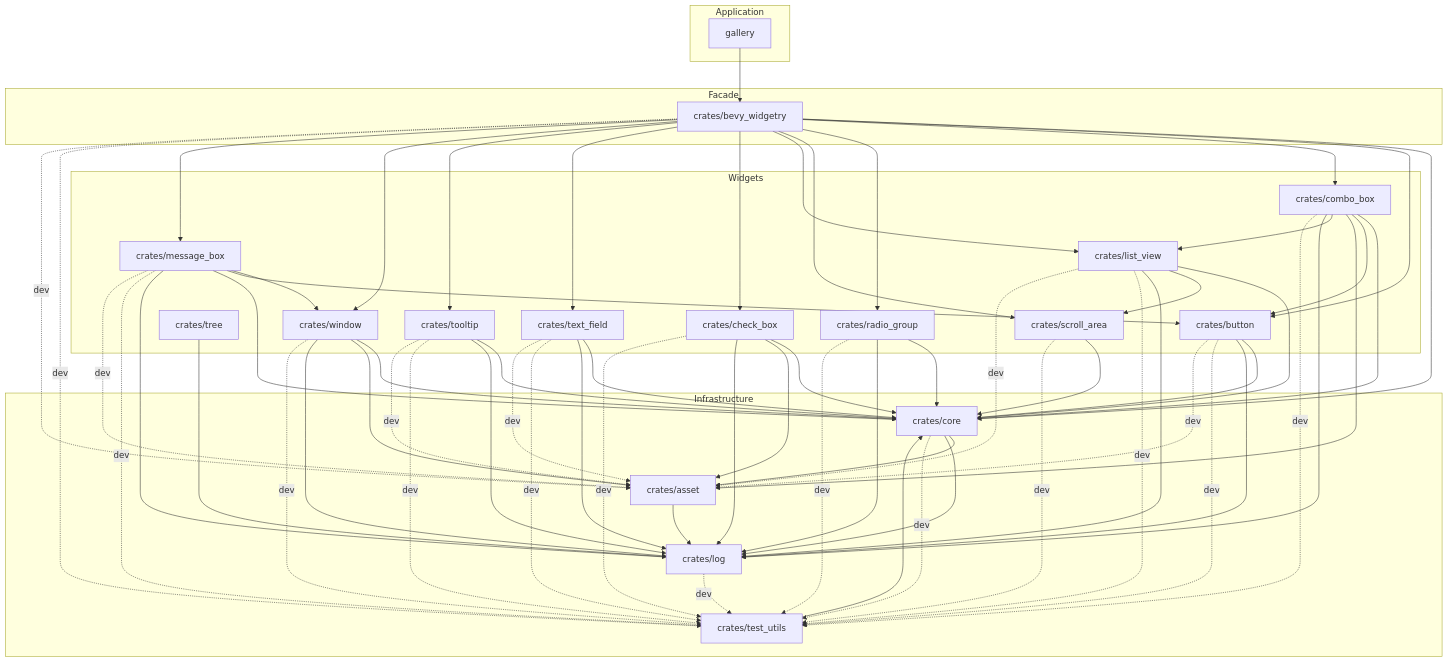
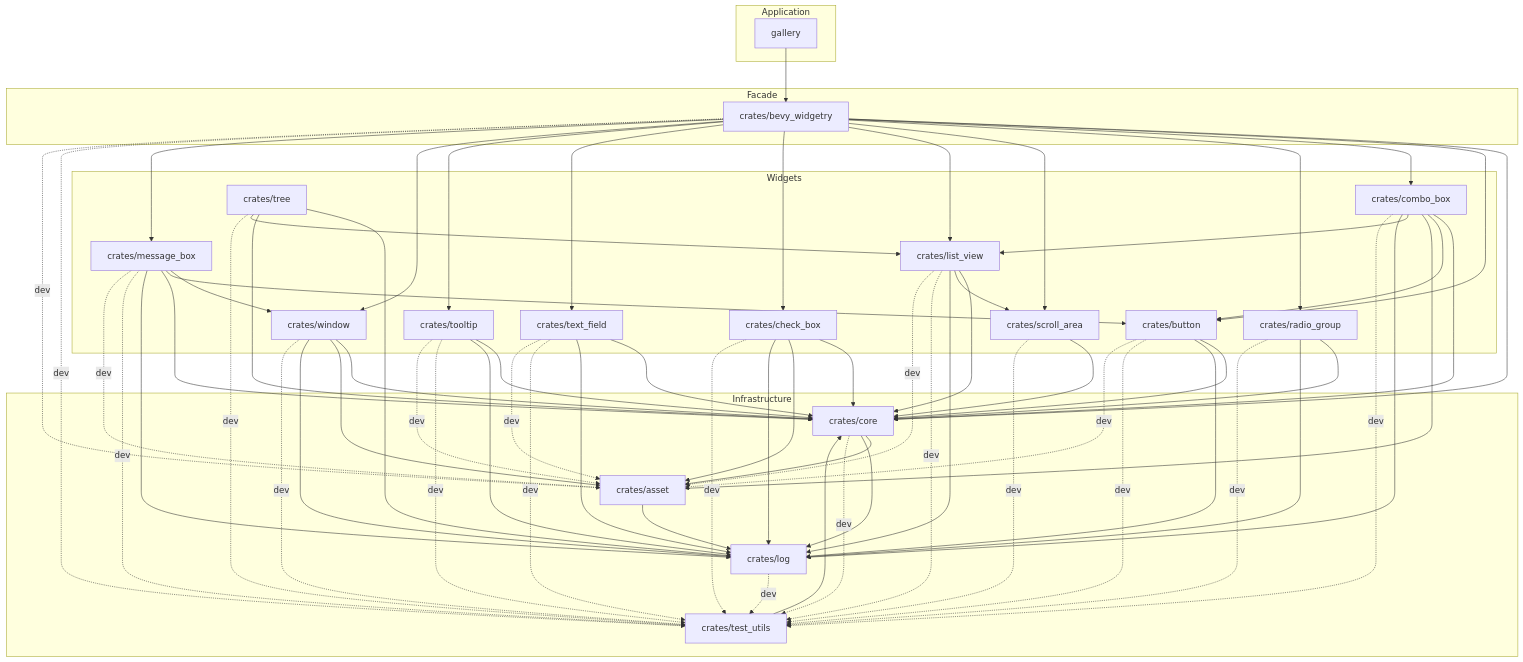
Before and after one commit to slc90/bevy_widgetry: the diagram in docs/architecture.md, drawn with Mermaid. The commit also changed other lines of this file and 7 other files, not shown here.

```diff
--- a/docs/architecture.md
+++ b/docs/architecture.md
@@ -234,6 +236,9 @@
     list_view -. dev .-> test_utils
     list_view -. dev .-> asset
     tree --> log
+    tree --> core
+    tree --> list_view
+    tree -. dev .-> test_utils
     check_box --> core
     check_box --> asset
     check_box --> log
```
